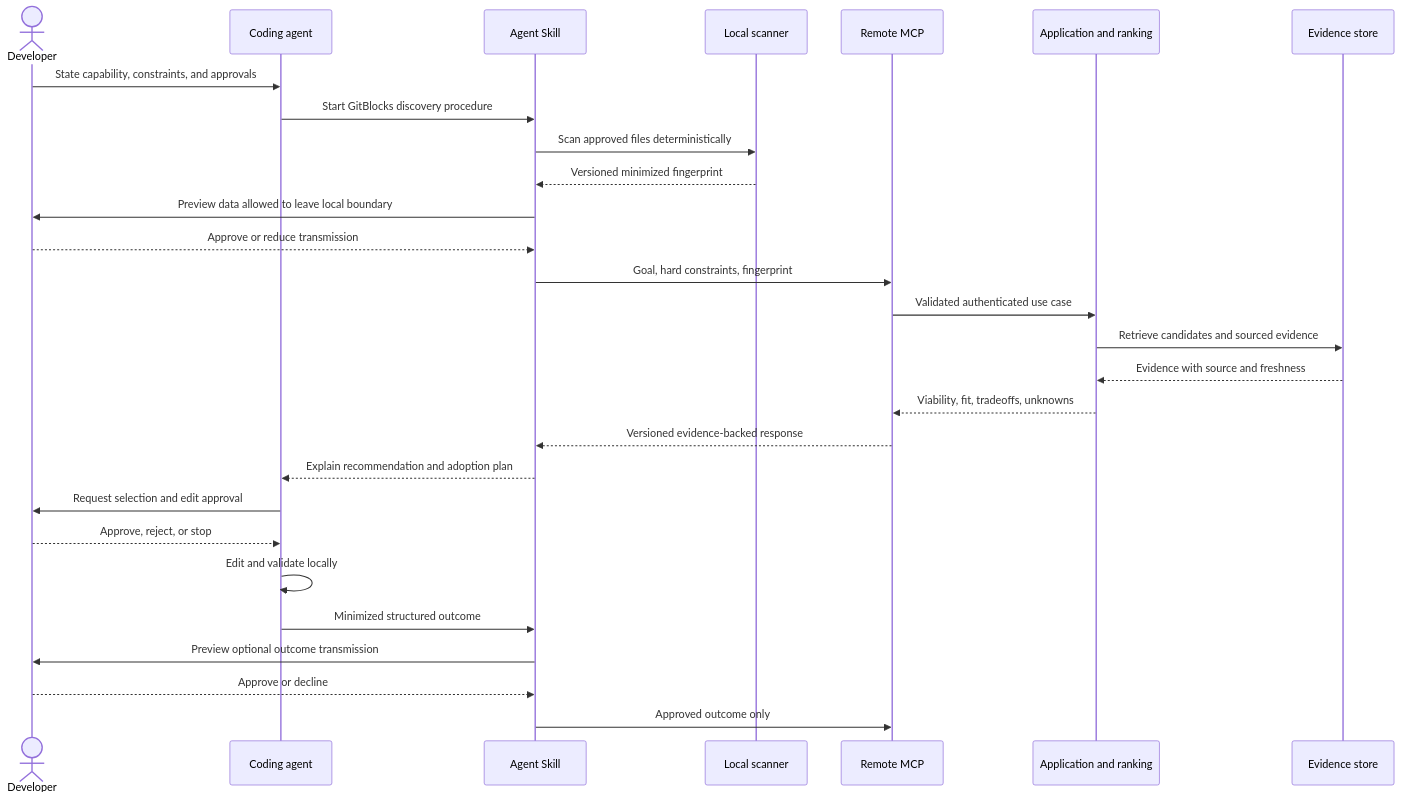
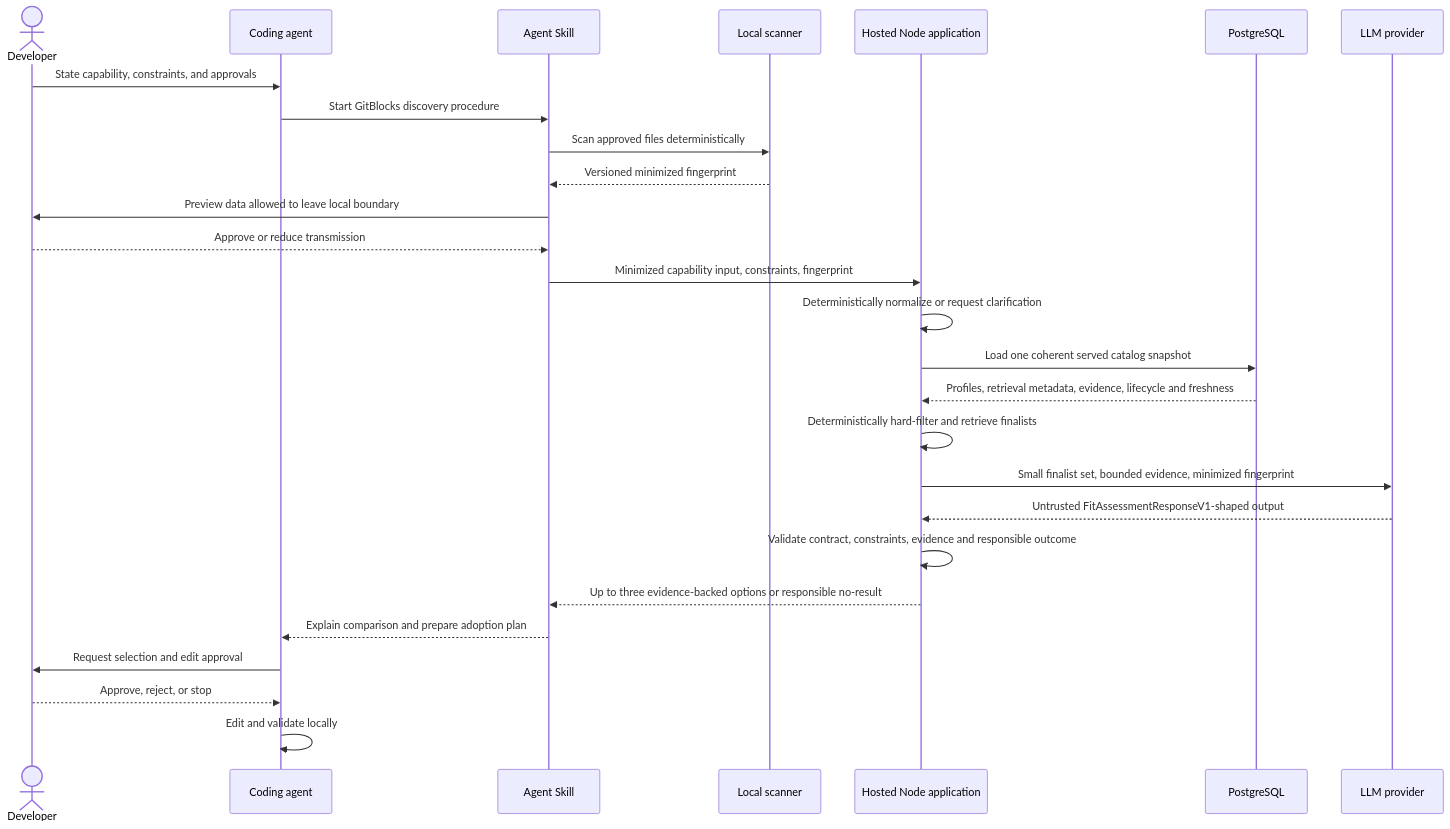
Before and after one commit to kgudipati/gitblocks: the second of 2 diagrams in docs/architecture/system-context.md, drawn with Mermaid. The commit also changed other lines of this file and 7 other files, not shown here.

First line of the commit message:
docs: lock product-first hosted private-alpha architecture (#35)

````diff
--- a/docs/architecture/system-context.md
+++ b/docs/architecture/system-context.md
@@ -242,31 +241,30 @@
 ```mermaid
 sequenceDiagram
     actor D as Developer
     participant A as Coding agent
     participant S as Agent Skill
     participant L as Local scanner
-    participant M as Remote MCP
-    participant R as Application and ranking
-    participant E as Evidence store
+    participant H as Hosted Node application
+    participant P as PostgreSQL
+    participant M as LLM provider
 
     D->>A: State capability, constraints, and approvals
     A->>S: Start GitBlocks discovery procedure
     S->>L: Scan approved files deterministically
     L-->>S: Versioned minimized fingerprint
     S->>D: Preview data allowed to leave local boundary
     D-->>S: Approve or reduce transmission
-    S->>M: Goal, hard constraints, fingerprint
-    M->>R: Validated authenticated use case
-    R->>E: Retrieve candidates and sourced evidence
-    E-->>R: Evidence with source and freshness
-    R-->>M: Viability, fit, tradeoffs, unknowns
-    M-->>S: Versioned evidence-backed response
-    S-->>A: Explain recommendation and adoption plan
+    S->>H: Minimized capability input, constraints, fingerprint
+    H->>H: Deterministically normalize or request clarification
+    H->>P: Load one coherent served catalog snapshot
+    P-->>H: Profiles, retrieval metadata, evidence, lifecycle and freshness
+    H->>H: Deterministically hard-filter and retrieve finalists
+    H->>M: Small finalist set, bounded evidence, minimized fingerprint
+    M-->>H: Untrusted FitAssessmentResponseV1-shaped output
+    H->>H: Validate contract, constraints, evidence and responsible outcome
+    H-->>S: Up to three evidence-backed options or responsible no-result
+    S-->>A: Explain comparison and prepare adoption plan
     A->>D: Request selection and edit approval
     D-->>A: Approve, reject, or stop
     A->>A: Edit and validate locally
-    A->>S: Minimized structured outcome
-    S->>D: Preview optional outcome transmission
-    D-->>S: Approve or decline
-    S->>M: Approved outcome only
 ```
````
